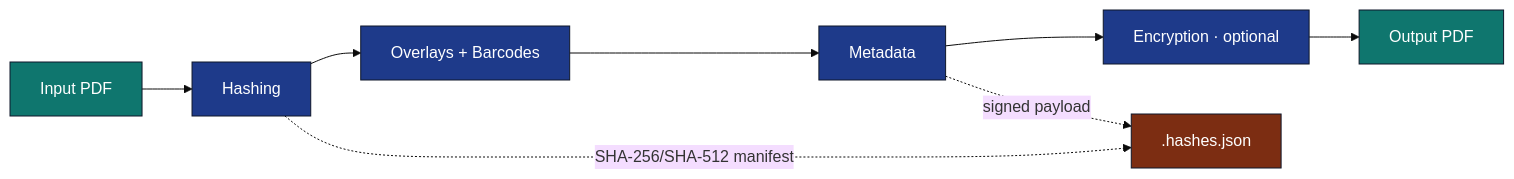
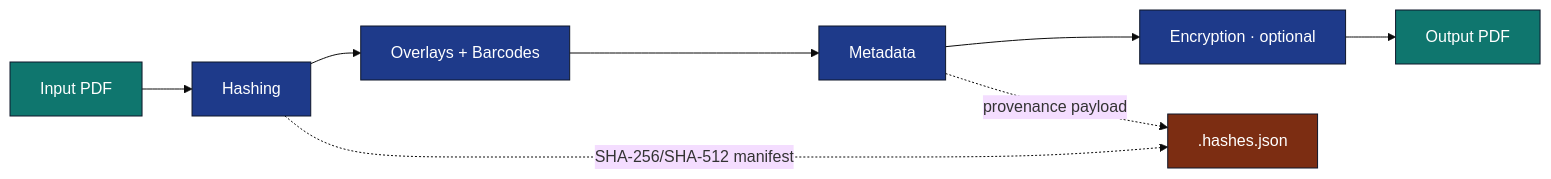
Before and after one commit to docxology/template: the diagram in infrastructure/steganography/README.md, drawn with Mermaid (base theme). The commit also changed other lines of this file and 177 other files, not shown here.

````diff
--- a/infrastructure/steganography/README.md
+++ b/infrastructure/steganography/README.md
@@ -137,17 +138,17 @@
 ```mermaid
 flowchart LR
     IN[Input PDF] --> H[Hashing]
     H --> OB[Overlays + Barcodes]
     OB --> META[Metadata]
     META --> ENC[Encryption · optional]
     ENC --> OUT[Output PDF]
     H -.SHA-256/SHA-512 manifest.-> MAN[.hashes.json]
-    META -.signed payload.-> MAN
+    META -.provenance payload.-> MAN
 
     classDef io fill:#0f766e,stroke:#0f172a,color:#fff
     classDef proc fill:#1e3a8a,stroke:#0f172a,color:#fff
     classDef art fill:#7c2d12,stroke:#0f172a,color:#fff
     class IN,OUT io
     class H,OB,META,ENC proc
     class MAN art
 ```
````
